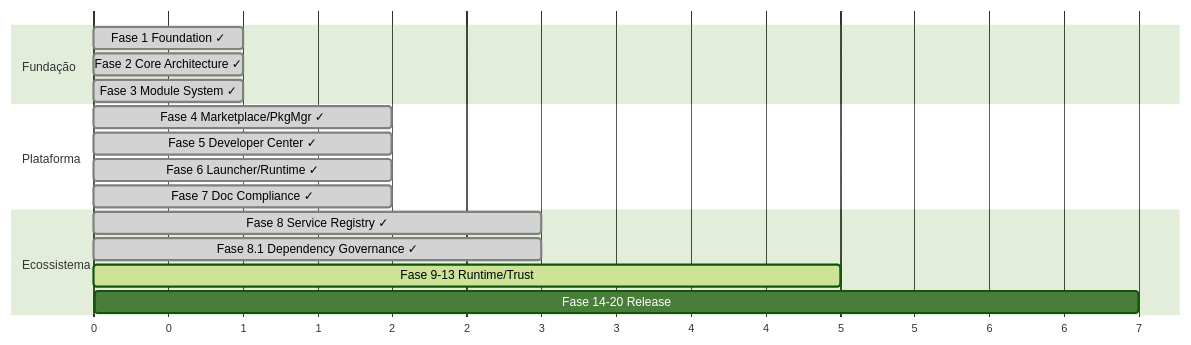
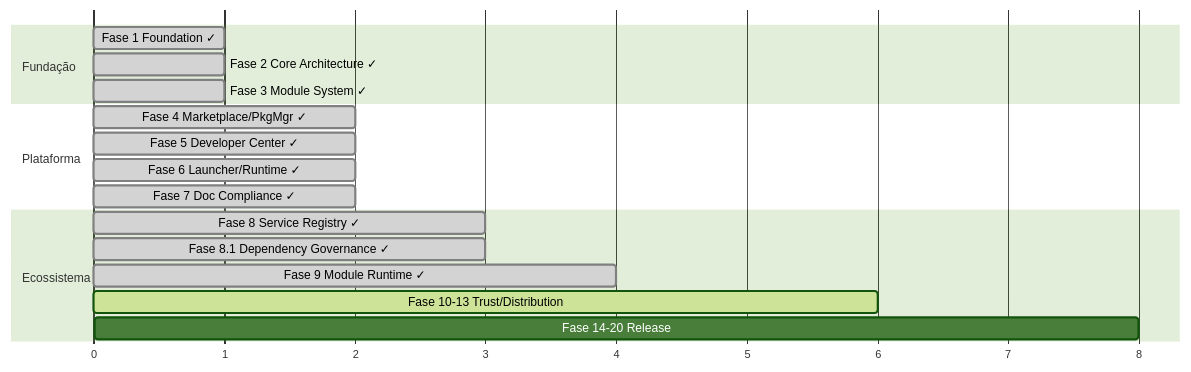
One commit to julianscunha/Tech.Forge changed the third of 3 diagrams in README.md. Above: the diagram before and after it, drawn with Mermaid (forest theme). The commit also changed other lines of this file and 16 other files, not shown here.

````diff
--- a/README.md
+++ b/README.md
@@ -293,19 +293,20 @@
 ```mermaid
 gantt
     dateFormat X
     axisFormat %s
     section Fundação
     Fase 1 Foundation ✓         :done, 0, 1
     Fase 2 Core Architecture ✓  :done, 0, 1
     Fase 3 Module System ✓      :done, 0, 1
     section Plataforma
     Fase 4 Marketplace/PkgMgr ✓ :done, 1, 2
     Fase 5 Developer Center ✓   :done, 1, 2
     Fase 6 Launcher/Runtime ✓   :done, 1, 2
     Fase 7 Doc Compliance ✓     :done, 1, 2
     section Ecossistema
     Fase 8 Service Registry ✓          :done, 2, 3
     Fase 8.1 Dependency Governance ✓   :done, 2, 3
-    Fase 9-13 Runtime/Trust             :active, 3, 5
-    Fase 14-20 Release                  :5, 7
+    Fase 9 Module Runtime ✓             :done, 3, 4
+    Fase 10-13 Trust/Distribution        :active, 4, 6
+    Fase 14-20 Release                  :6, 8
 ```
````
